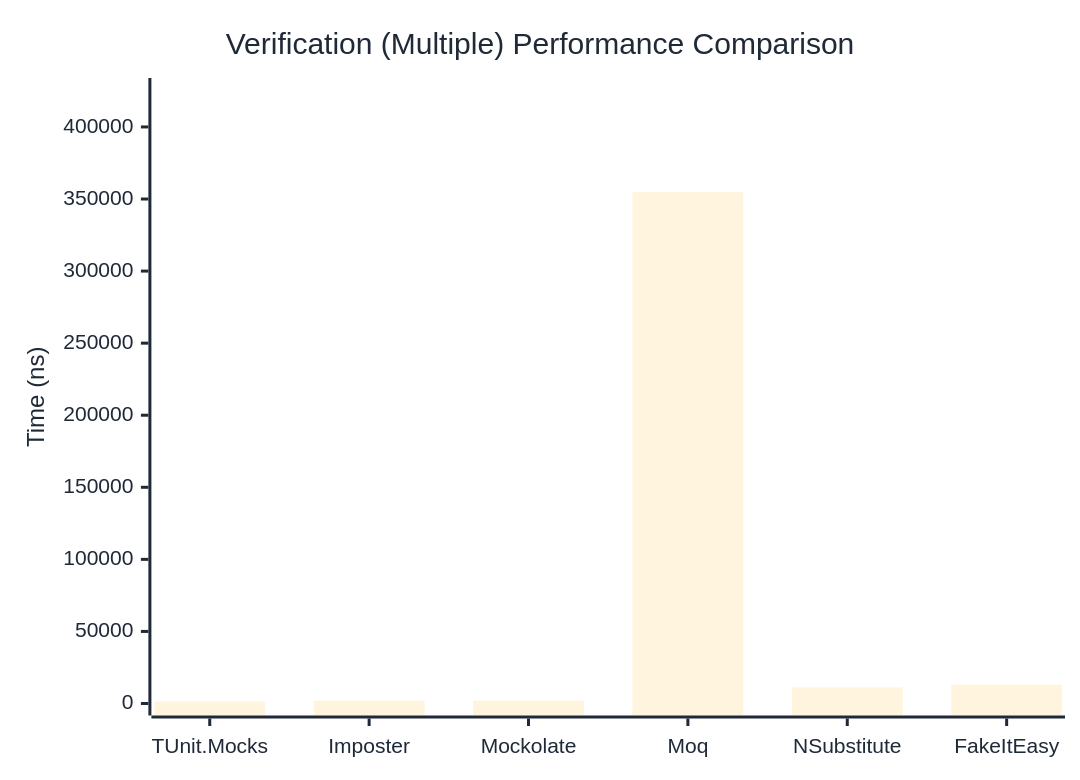
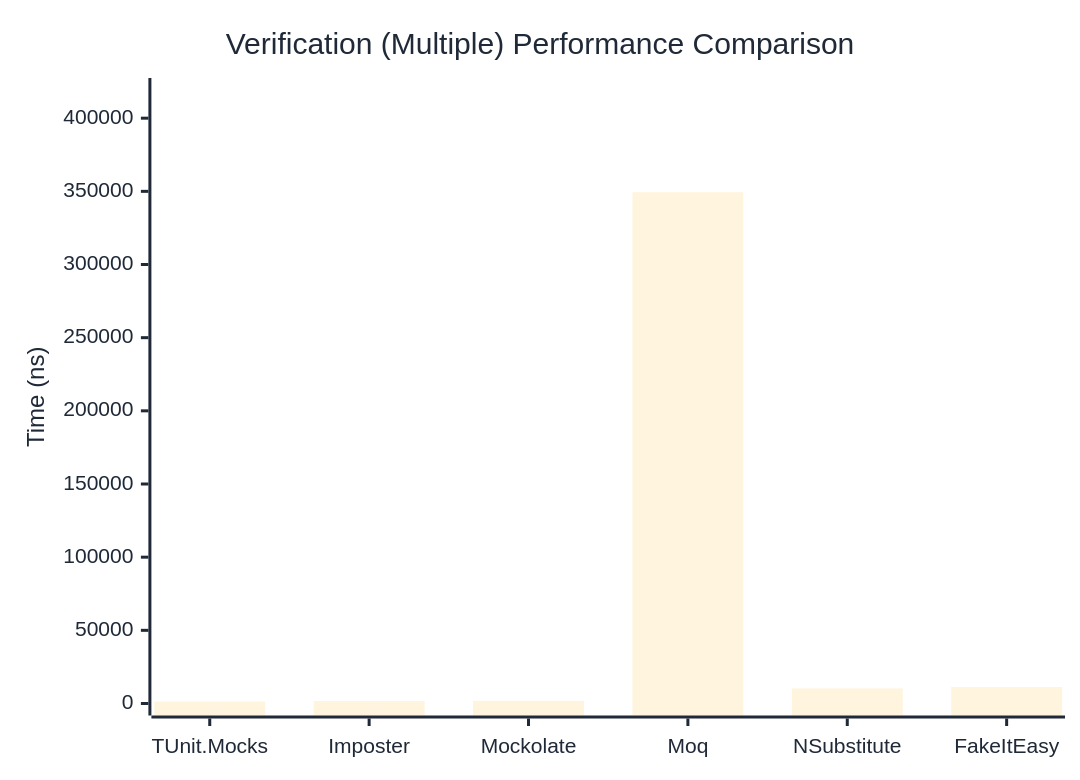
One commit to thomhurst/TUnit changed the third of 3 diagrams in docs/docs/benchmarks/mocks/Verification.md. Above: the diagram before and after it, drawn with Mermaid. The commit also changed other lines of this file and 14 other files, not shown here.

````diff
--- a/docs/docs/benchmarks/mocks/Verification.md
+++ b/docs/docs/benchmarks/mocks/Verification.md
@@ -110,27 +110,27 @@
 ```mermaid
 %%{init: {
   'theme':'base',
   'themeVariables': {
     'primaryColor': '#2563eb',
     'primaryTextColor': '#1f2937',
     'primaryBorderColor': '#1e40af',
     'lineColor': '#6b7280',
     'secondaryColor': '#7c3aed',
     'tertiaryColor': '#dc2626',
     'background': '#ffffff',
     'pie1': '#2563eb',
     'pie2': '#7c3aed',
     'pie3': '#dc2626',
     'pie4': '#f59e0b',
     'pie5': '#10b981',
     'pie6': '#06b6d4',
     'pie7': '#ec4899',
     'pie8': '#6366f1'
   }
 }}%%
 xychart-beta
   title "Verification (Multiple) Performance Comparison"
   x-axis ["TUnit.Mocks", "Imposter", "Mockolate", "Moq", "NSubstitute", "FakeItEasy"]
-  y-axis "Time (ns)" 0 --> 425632
-  bar [1391.12, 1934.79, 1969.13, 354693.14, 11172.45, 13089.09]
+  y-axis "Time (ns)" 0 --> 419259
+  bar [1307.87, 1706.48, 1811.76, 349382.07, 10305.09, 11329.26]
 ```
````
